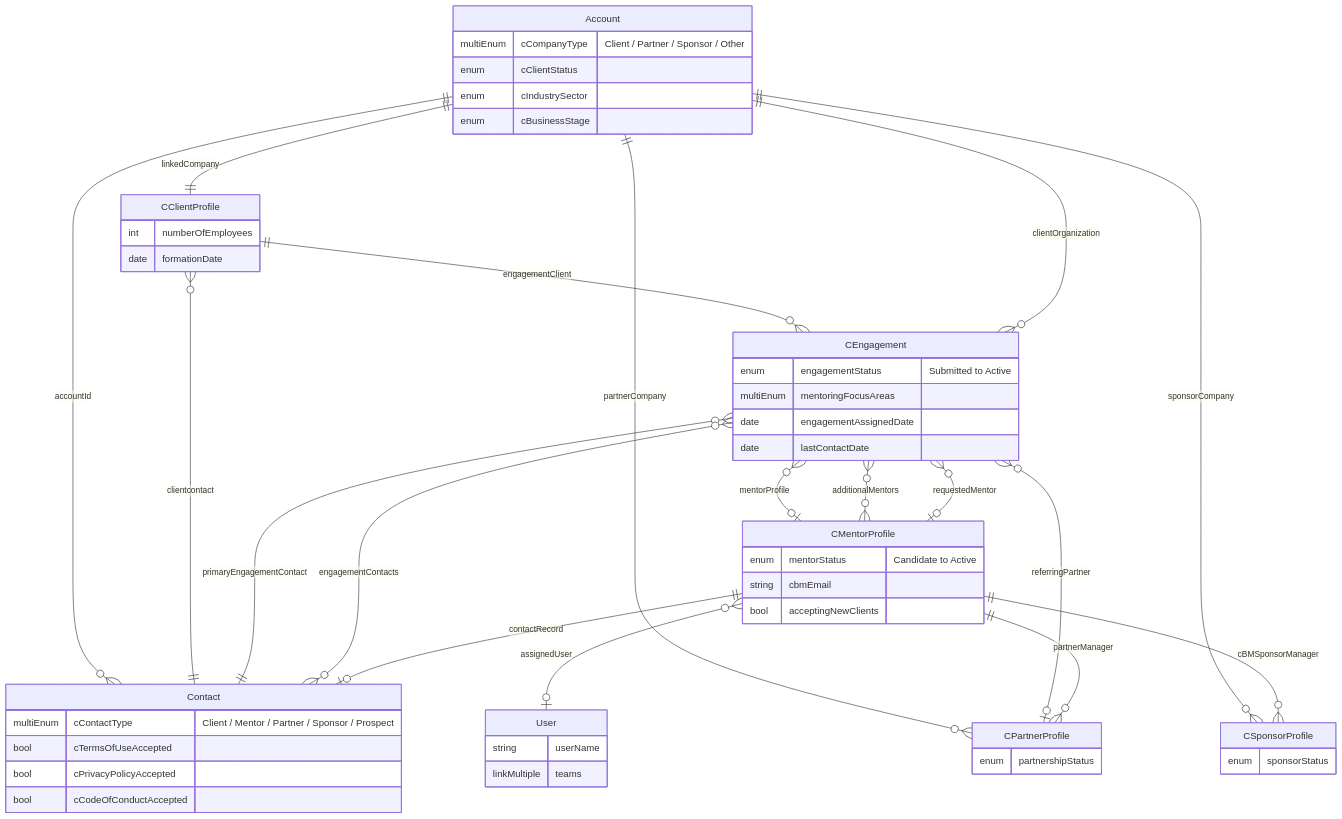
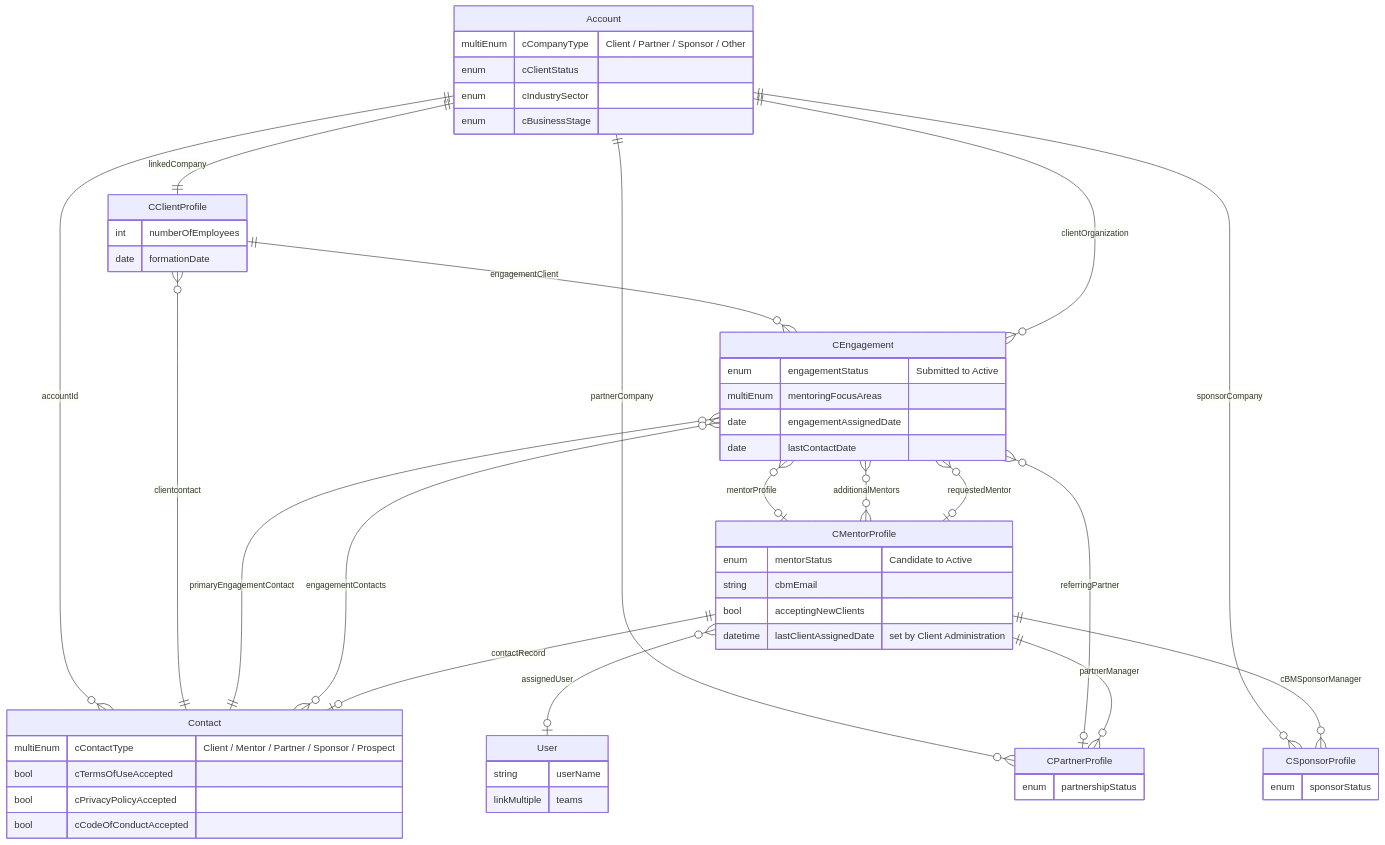
The first of 6 diagrams in data-model.md (dbower44022/cbm-client-intake), drawn with Mermaid before and after one commit. The commit also changed 15 other files, not shown here.

First line of the commit message:
feat(assignments): record when a mentor was last given a new client

````diff
--- a/data-model.md
+++ b/data-model.md
@@ -46,58 +46,59 @@
 ```mermaid
 erDiagram
     Account {
         multiEnum cCompanyType "Client / Partner / Sponsor / Other"
         enum cClientStatus
         enum cIndustrySector
         enum cBusinessStage
     }
     Contact {
         multiEnum cContactType "Client / Mentor / Partner / Sponsor / Prospect"
         bool cTermsOfUseAccepted
         bool cPrivacyPolicyAccepted
         bool cCodeOfConductAccepted
     }
     CClientProfile {
         int numberOfEmployees
         date formationDate
     }
     CEngagement {
         enum engagementStatus "Submitted to Active"
         multiEnum mentoringFocusAreas
         date engagementAssignedDate
         date lastContactDate
     }
     CMentorProfile {
         enum mentorStatus "Candidate to Active"
         string cbmEmail
         bool acceptingNewClients
+        datetime lastClientAssignedDate "set by Client Administration"
     }
     CPartnerProfile {
         enum partnershipStatus
     }
     CSponsorProfile {
         enum sponsorStatus
     }
     User {
         string userName
         linkMultiple teams
     }
 
     Account         ||--o{ Contact         : "accountId"
     Account         ||--|| CClientProfile  : "linkedCompany"
     Account         ||--o{ CPartnerProfile : "partnerCompany"
     Account         ||--o{ CSponsorProfile : "sponsorCompany"
     CClientProfile  }o--|| Contact         : "clientcontact"
     CClientProfile  ||--o{ CEngagement     : "engagementClient"
     CEngagement     }o--|| Account         : "clientOrganization"
     CEngagement     }o--|| Contact         : "primaryEngagementContact"
     CEngagement     }o--o{ Contact         : "engagementContacts"
     CEngagement     }o--o| CMentorProfile  : "mentorProfile"
     CEngagement     }o--o{ CMentorProfile  : "additionalMentors"
     CEngagement     }o--o| CMentorProfile  : "requestedMentor"
     CEngagement     }o--o| CPartnerProfile : "referringPartner"
     CMentorProfile  ||--o| Contact         : "contactRecord"
     CMentorProfile  }o--o| User            : "assignedUser"
     CMentorProfile  ||--o{ CPartnerProfile : "partnerManager"
     CMentorProfile  ||--o{ CSponsorProfile : "cBMSponsorManager"
 ```
````
